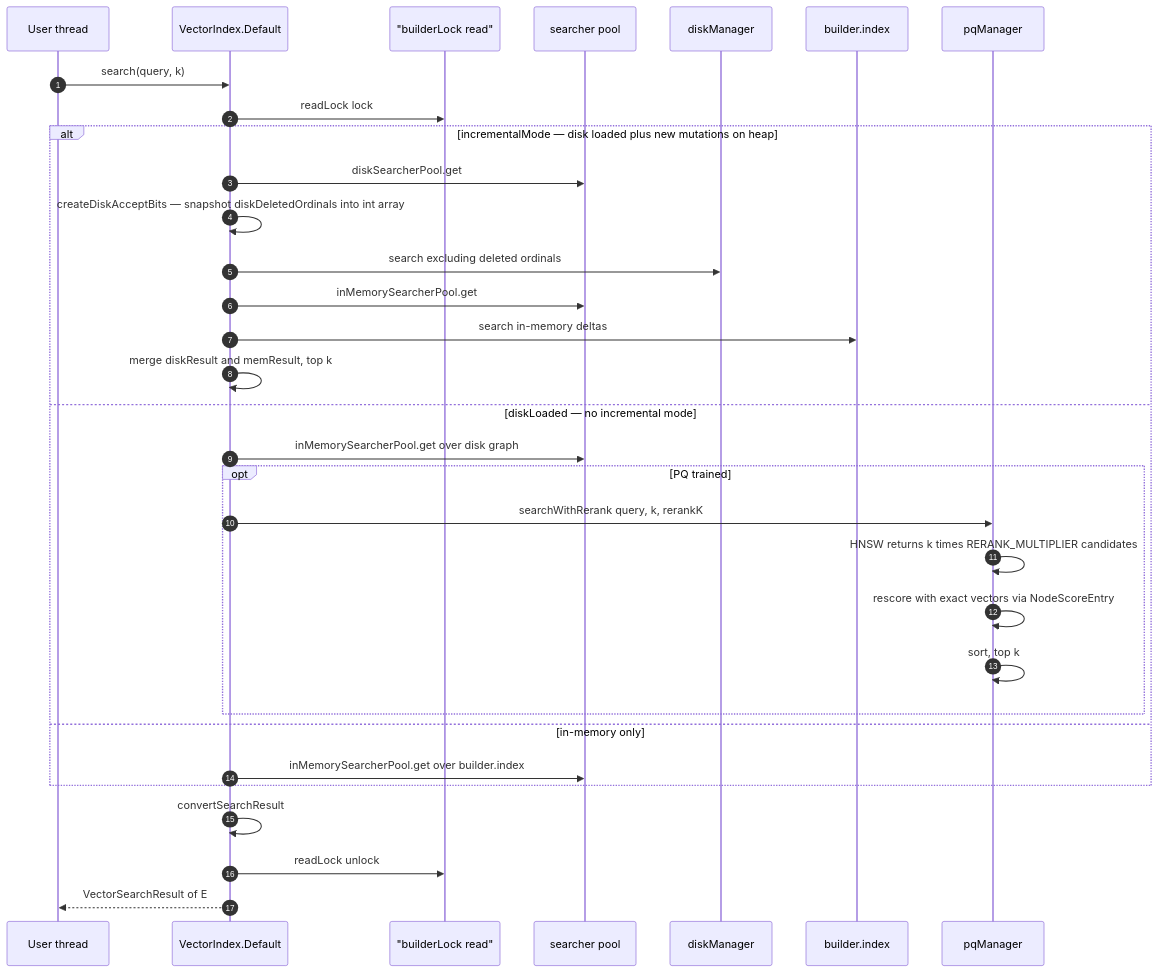
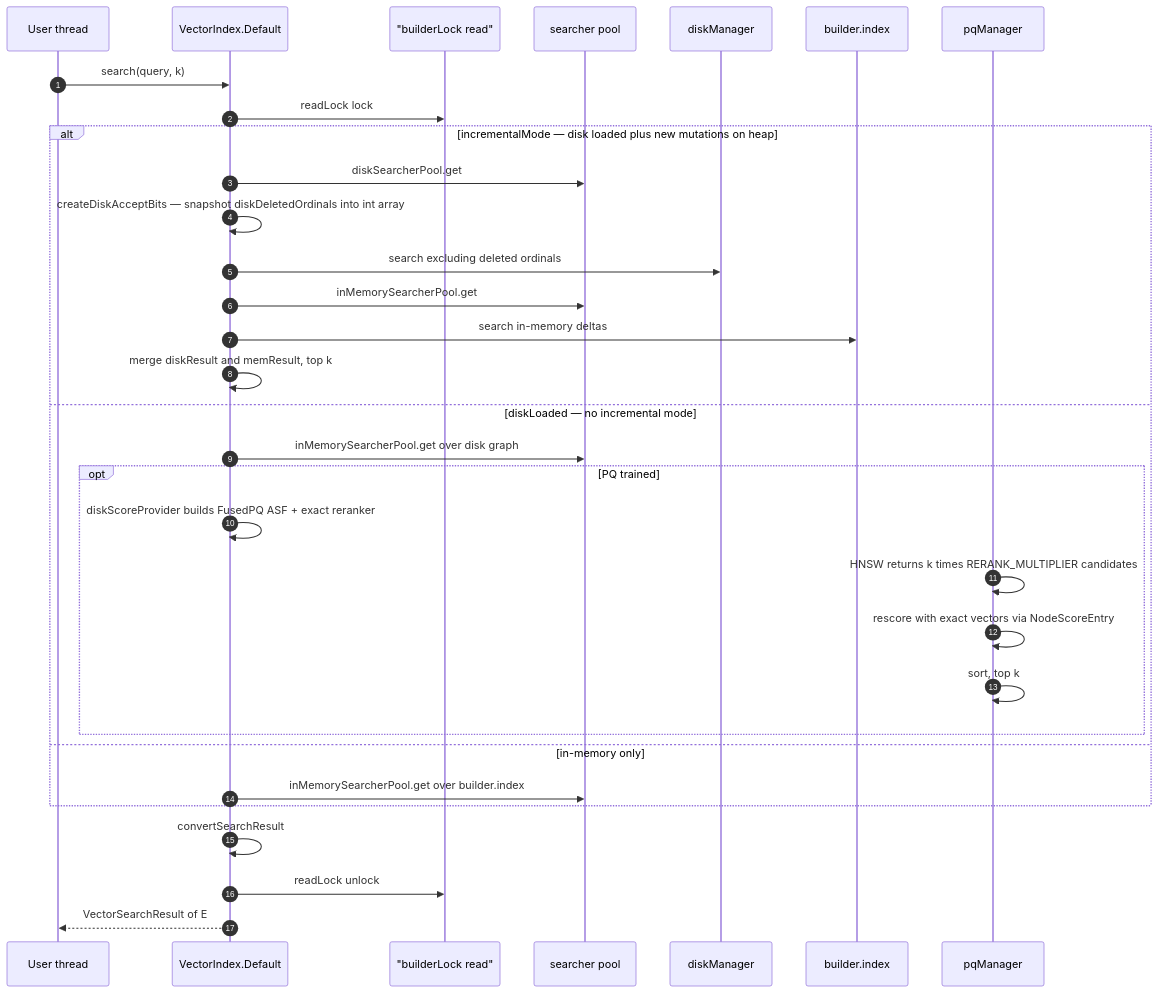
One commit to eclipse-store/store changed the sixth of 10 diagrams in gigamap/jvector/ARCHITECTURE.md. Above: the diagram before and after it, drawn with Mermaid. The commit also changed other lines of this file and 15 other files, not shown here.

````diff
--- a/gigamap/jvector/ARCHITECTURE.md
+++ b/gigamap/jvector/ARCHITECTURE.md
@@ -443,35 +442,35 @@
 ```mermaid
 sequenceDiagram
     autonumber
     participant U as User thread
     participant VI as VectorIndex.Default
     participant L as "builderLock read"
     participant Sp as searcher pool
     participant DIM as diskManager
     participant Bx as builder.index
     participant PQM as pqManager
 
     U->>VI: search(query, k)
     VI->>L: readLock lock
     alt incrementalMode — disk loaded plus new mutations on heap
         VI->>Sp: diskSearcherPool.get
         VI->>VI: createDiskAcceptBits — snapshot diskDeletedOrdinals into int array
         VI->>DIM: search excluding deleted ordinals
         VI->>Sp: inMemorySearcherPool.get
         VI->>Bx: search in-memory deltas
         VI->>VI: merge diskResult and memResult, top k
     else diskLoaded — no incremental mode
         VI->>Sp: inMemorySearcherPool.get over disk graph
         opt PQ trained
-            VI->>PQM: searchWithRerank query, k, rerankK
+            VI->>VI: diskScoreProvider builds FusedPQ ASF + exact reranker
             PQM->>PQM: HNSW returns k times RERANK_MULTIPLIER candidates
             PQM->>PQM: rescore with exact vectors via NodeScoreEntry
             PQM->>PQM: sort, top k
         end
     else in-memory only
         VI->>Sp: inMemorySearcherPool.get over builder.index
     end
     VI->>VI: convertSearchResult
     VI->>L: readLock unlock
     VI-->>U: VectorSearchResult of E
 ```
````
